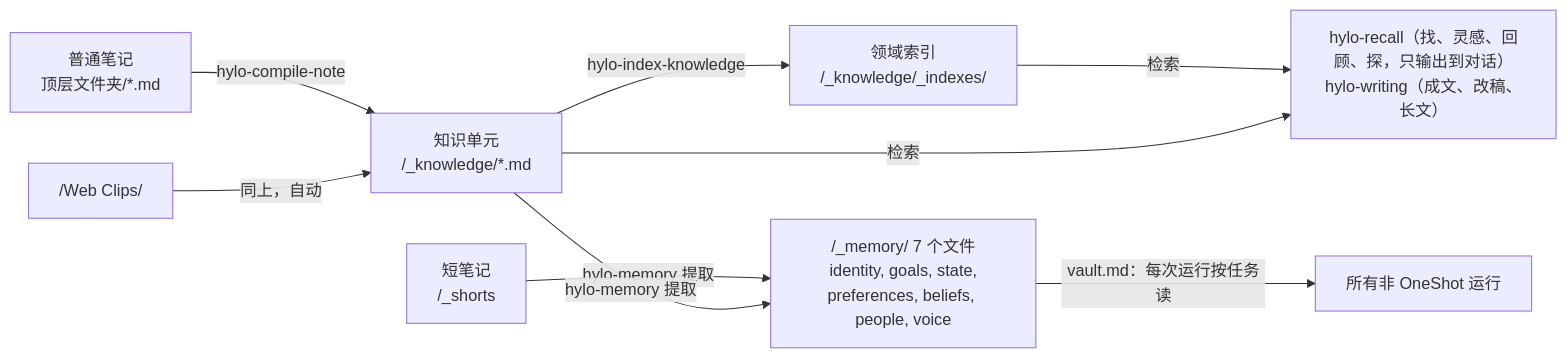
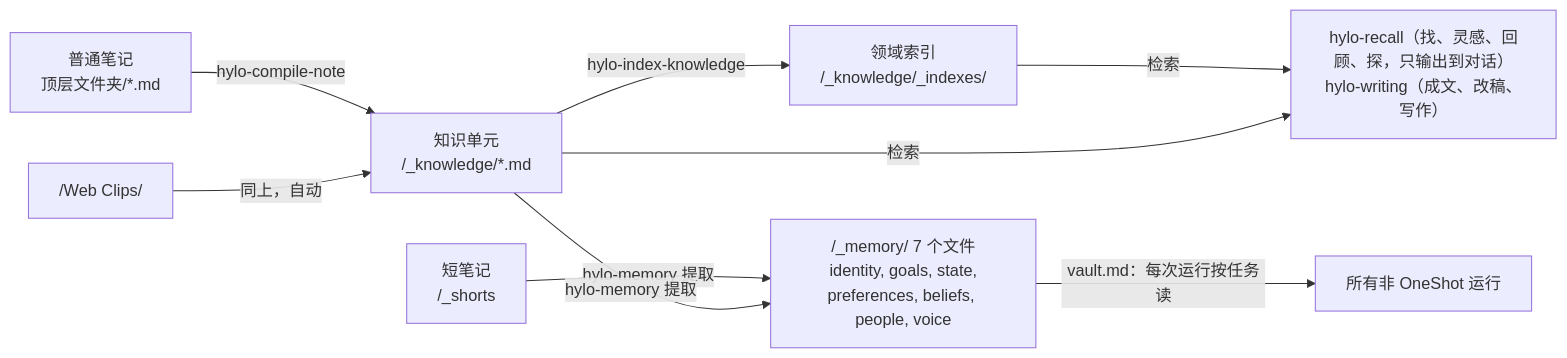
One commit to skoowoo/hylo changed the fifth of 6 diagrams in docs/prompt-skills-architecture.md. Above: the diagram before and after it, drawn with Mermaid. The commit also changed other lines of this file and 7 other files, not shown here.

Commit message:
Make hylo-writing's write mode draw out the user's point and reader first, then write beat by beat along a direction

````diff
--- a/docs/prompt-skills-architecture.md
+++ b/docs/prompt-skills-architecture.md
@@ -196,10 +196,10 @@
 ```mermaid
 flowchart LR
     N["普通笔记<br/>顶层文件夹/*.md"] -->|hylo-compile-note| K["知识单元<br/>/_knowledge/*.md"]
     WC["/Web Clips/"] -->|同上，自动| K
     K -->|hylo-index-knowledge| I["领域索引<br/>/_knowledge/_indexes/"]
     SN["短笔记<br/>/_shorts"] -->|hylo-memory 提取| MEM["/_memory/ 7 个文件<br/>identity, goals, state,<br/>preferences, beliefs, people, voice"]
     K -->|hylo-memory 提取| MEM
     MEM -->|vault.md：每次运行按任务读| ALL[所有非 OneShot 运行]
-    I & K -->|检索| RW["hylo-recall（找、灵感、回顾、探，只输出到对话）<br/>hylo-writing（成文、改稿、长文）"]
+    I & K -->|检索| RW["hylo-recall（找、灵感、回顾、探，只输出到对话）<br/>hylo-writing（成文、改稿、写作）"]
 ```
````
